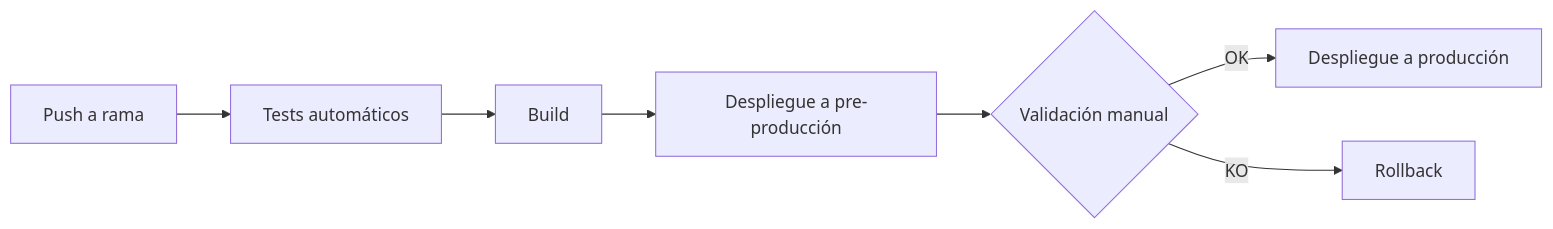
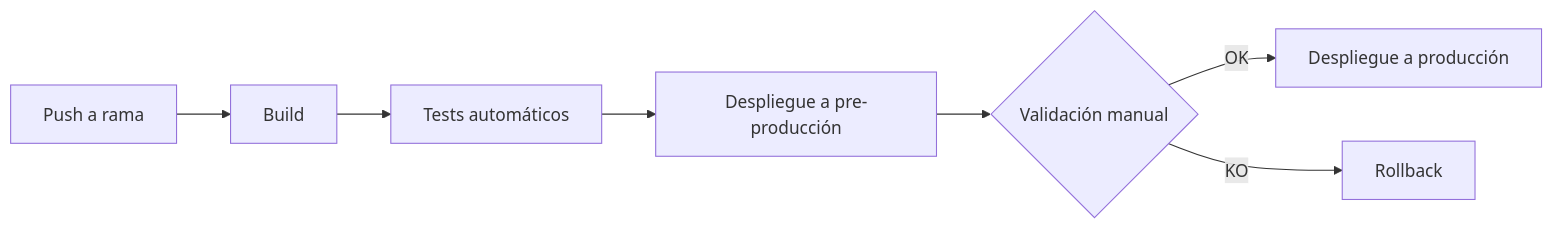
Before and after one commit to kathytisalema/fisiovital-dijital: the diagram in 03-ejecución/devops/pipeline-despliegue.md, drawn with Mermaid. The commit also changed other lines of this file and 12 other files, not shown here.

````diff
--- a/03-ejecución/devops/pipeline-despliegue.md
+++ b/03-ejecución/devops/pipeline-despliegue.md
@@ -15,9 +15,9 @@
 ```mermaid
 flowchart LR
-    A[Push a rama] --> B[Tests automáticos]
-    B --> C[Build]
+    A[Push a rama] --> B[Build]
+    B --> C[Tests automáticos]
     C --> D[Despliegue a pre-producción]
     D --> E{Validación manual}
     E -->|OK| F[Despliegue a producción]
     E -->|KO| G[Rollback]
 ```
````
